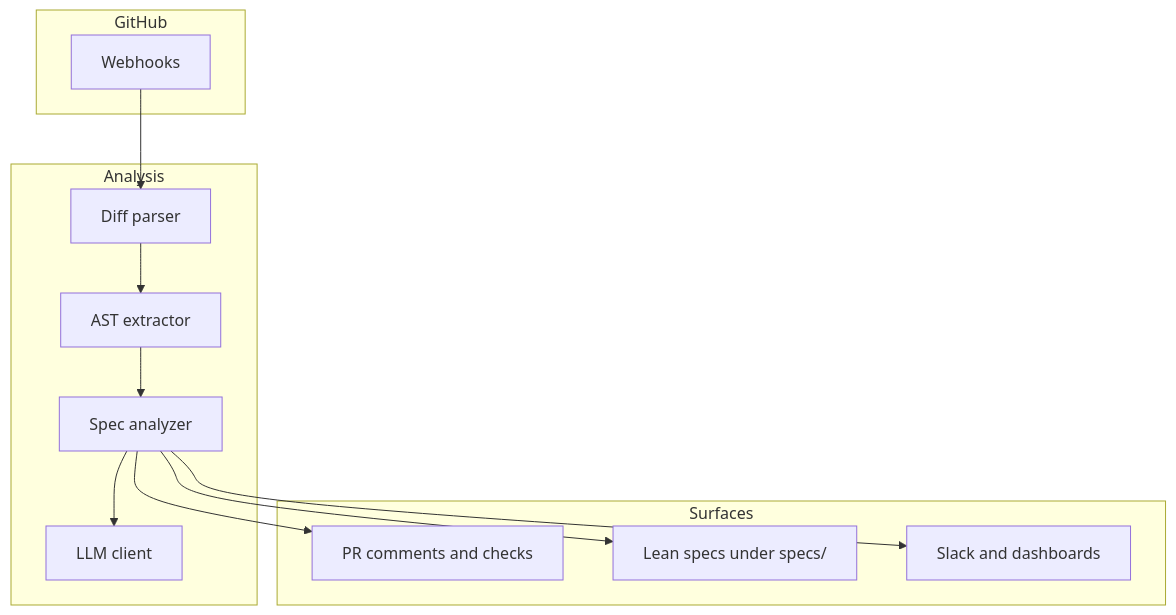
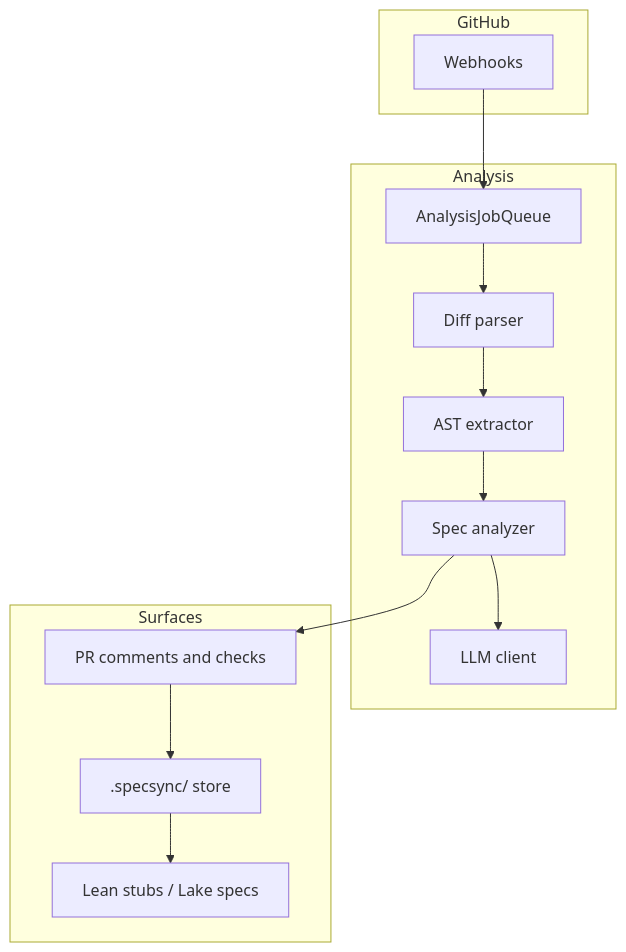
One commit to SentinelOps-CI/SpecSync changed the diagram in README.md. Above: the diagram before and after it, drawn with Mermaid. The commit also changed other lines of this file and 4 other files, not shown here.

````diff
--- a/README.md
+++ b/README.md
@@ -48,22 +50,23 @@
 ```mermaid
 flowchart TB
   subgraph ingest [GitHub]
     E[Webhooks]
   end
   subgraph pipeline [Analysis]
+    Q[AnalysisJobQueue]
     D[Diff parser]
     T[AST extractor]
     N[Spec analyzer]
     L[LLM client]
   end
   subgraph surface [Surfaces]
     G[PR comments and checks]
-    K[Lean specs under specs/]
-    S[Slack and dashboards]
+    S[".specsync/ store"]
+    K[Lean stubs / Lake specs]
   end
-  E --> D --> T --> N
+  E --> Q --> D --> T --> N
   N --> L
   N --> G
-  N --> K
-  N --> S
+  G --> S
+  S --> K
 ```
````
